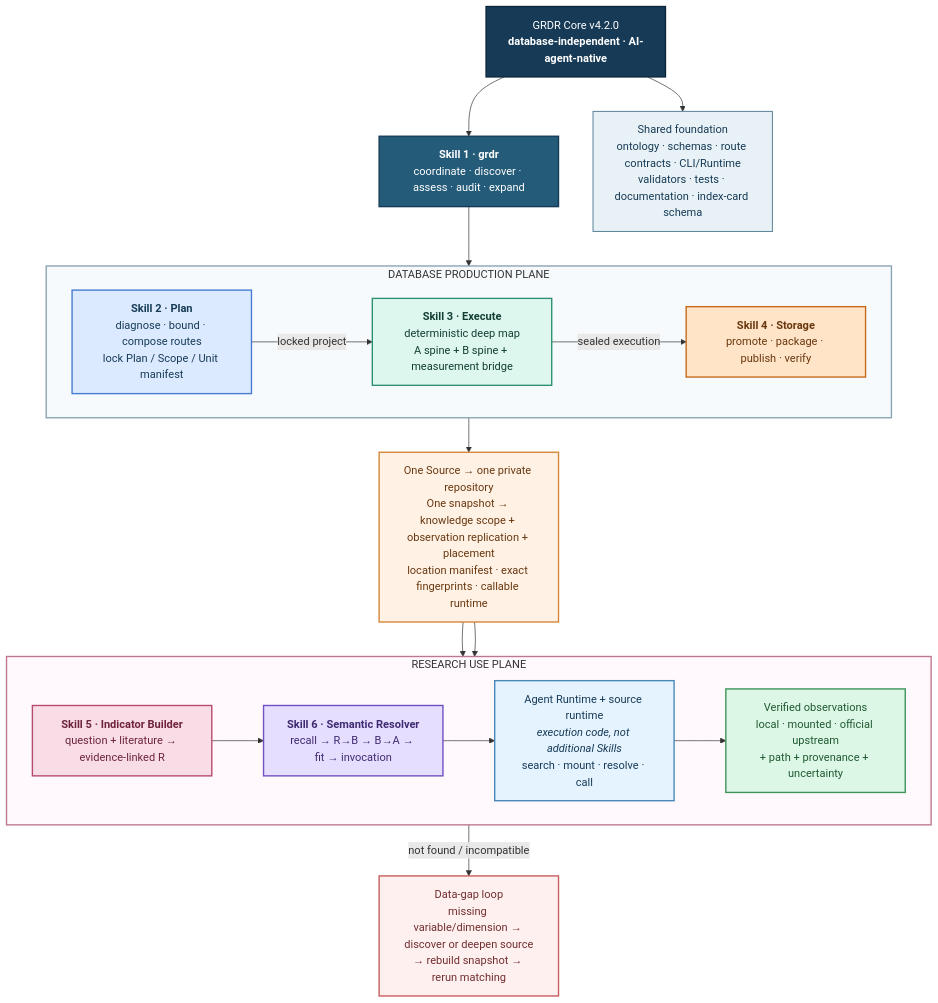
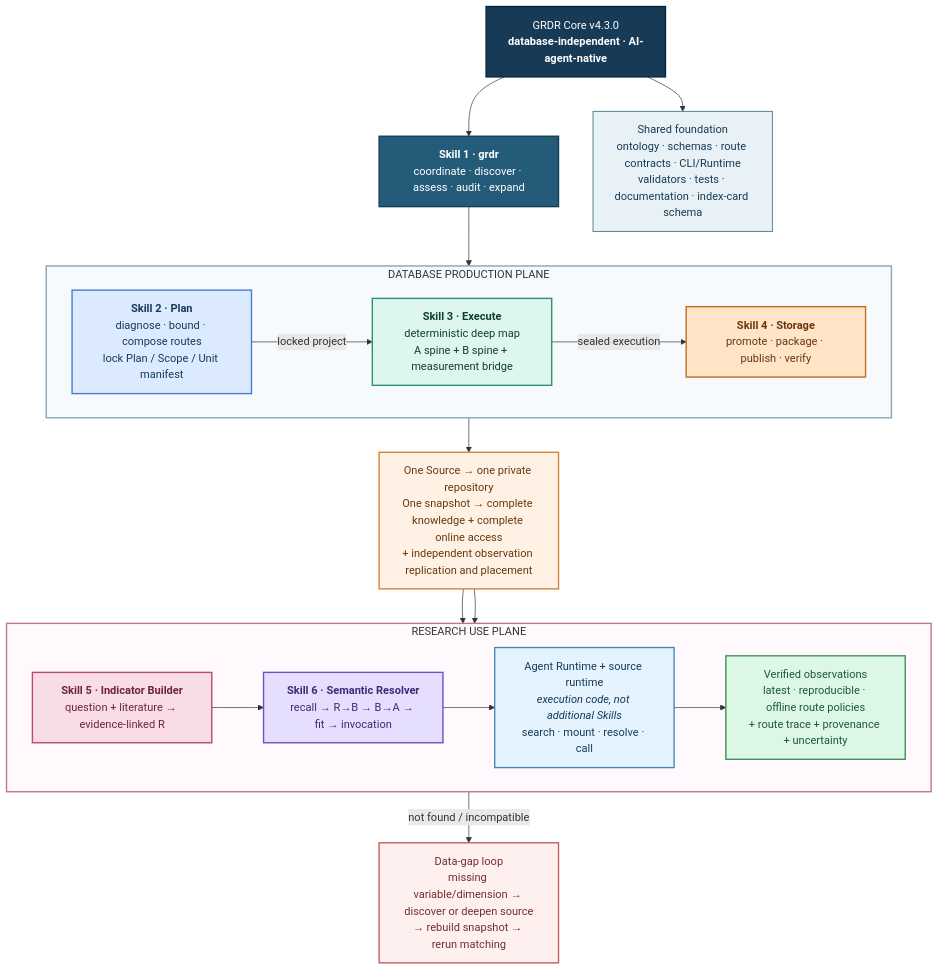
The first of 5 diagrams in README.md (yangyuezh/grdr-core-version-archive), drawn with Mermaid before and after one commit. The commit also changed other lines of this file and 33 other files, not shown here.

Commit message:
release: add universal online source runtime v4.3.0

````diff
--- a/README.md
+++ b/README.md
@@ -27,50 +27,50 @@
 ```mermaid
 flowchart TB
-    CORE["GRDR Core v4.2.0<br/><b>database-independent · AI-agent-native</b>"]:::core
+    CORE["GRDR Core v4.3.0<br/><b>database-independent · AI-agent-native</b>"]:::core
     COORD["<b>Skill 1 · grdr</b><br/>coordinate · discover · assess · audit · expand"]:::coreSkill
     SHARED["Shared foundation<br/>ontology · schemas · route contracts · CLI/Runtime<br/>validators · tests · documentation · index-card schema"]:::shared
 
     subgraph PROD["DATABASE PRODUCTION PLANE"]
         direction LR
         PLAN_OV["<b>Skill 2 · Plan</b><br/>diagnose · bound · compose routes<br/>lock Plan / Scope / Unit manifest"]:::plan
         EXEC_OV["<b>Skill 3 · Execute</b><br/>deterministic deep map<br/>A spine + B spine + measurement bridge"]:::execute
         STORE_OV["<b>Skill 4 · Storage</b><br/>promote · package · publish · verify"]:::storage
         PLAN_OV -->|"locked project"| EXEC_OV -->|"sealed execution"| STORE_OV
     end
 
-    SNAP["One Source → one private repository<br/>One snapshot → knowledge scope + observation replication + placement<br/>location manifest · exact fingerprints · callable runtime"]:::artifact
+    SNAP["One Source → one private repository<br/>One snapshot → complete knowledge + complete online access<br/>+ independent observation replication and placement"]:::artifact
 
     subgraph USE["RESEARCH USE PLANE"]
         direction LR
         BUILD_OV["<b>Skill 5 · Indicator Builder</b><br/>question + literature → evidence-linked R"]:::research
         SEM_OV["<b>Skill 6 · Semantic Resolver</b><br/>recall → R→B → B→A → fit → invocation"]:::semantic
         RUN_OV["Agent Runtime + source runtime<br/><i>execution code, not additional Skills</i><br/>search · mount · resolve · call"]:::runtime
-        OUT_OV["Verified observations<br/>local · mounted · official upstream<br/>+ path + provenance + uncertainty"]:::result
+        OUT_OV["Verified observations<br/>latest · reproducible · offline route policies<br/>+ route trace + provenance + uncertainty"]:::result
         BUILD_OV --> SEM_OV --> RUN_OV --> OUT_OV
     end
 
     GAP_OV["Data-gap loop<br/>missing variable/dimension → discover or deepen source<br/>→ rebuild snapshot → rerun matching"]:::gap
 
     CORE --> COORD
     CORE --> SHARED
     COORD --> PLAN_OV
     STORE_OV --> SNAP
     SNAP --> SEM_OV
     SNAP --> RUN_OV
     SEM_OV -->|"not found / incompatible"| GAP_OV
 
     classDef core fill:#173B57,stroke:#0B2538,color:#FFFFFF,stroke-width:2px;
     classDef coreSkill fill:#245B78,stroke:#173B57,color:#FFFFFF,stroke-width:2px;
     classDef shared fill:#E8F1F5,stroke:#5E879A,color:#173B57,stroke-width:1.5px;
     classDef plan fill:#DCEAFF,stroke:#477BD1,color:#173B57,stroke-width:2px;
     classDef execute fill:#DDF7EE,stroke:#2F8F72,color:#123E34,stroke-width:2px;
     classDef storage fill:#FFE4C7,stroke:#C56A1B,color:#69370F,stroke-width:2px;
     classDef artifact fill:#FFF2E5,stroke:#D48638,color:#69370F,stroke-width:2px;
     classDef research fill:#F8DCE6,stroke:#B84A6C,color:#6E243D,stroke-width:2px;
     classDef semantic fill:#E6DEFF,stroke:#6F4FC2,color:#3F2A72,stroke-width:2px;
     classDef runtime fill:#E5F3FF,stroke:#4787B8,color:#173B57,stroke-width:2px;
     classDef result fill:#DDF7E7,stroke:#3D9158,color:#1F5A31,stroke-width:2px;
     classDef gap fill:#FFF0F0,stroke:#C65C5C,color:#722E2E,stroke-width:2px;
     style PROD fill:#F7FAFC,stroke:#8AA4B4,stroke-width:2px
     style USE fill:#FFF8FC,stroke:#BE7790,stroke-width:2px
 ```
````
